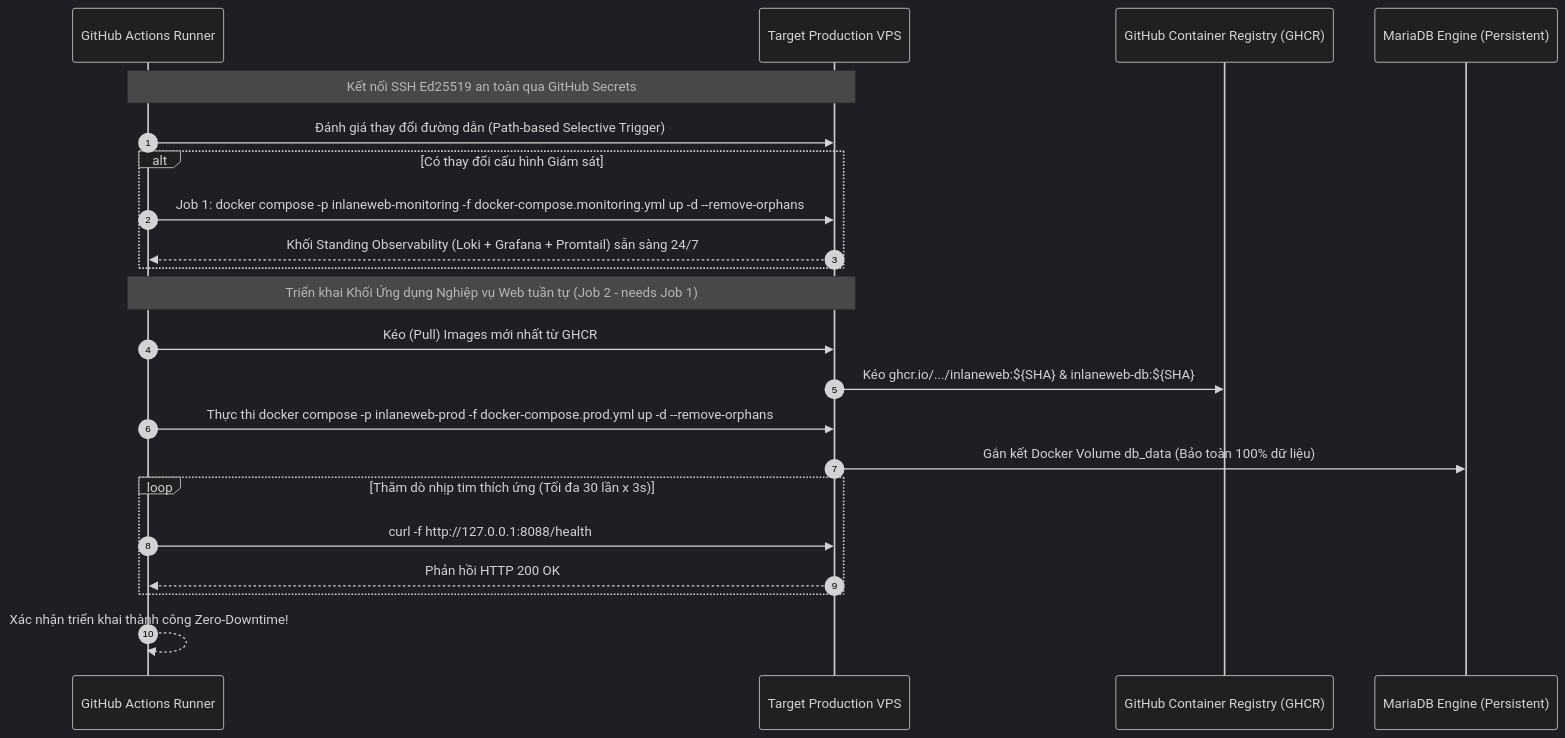
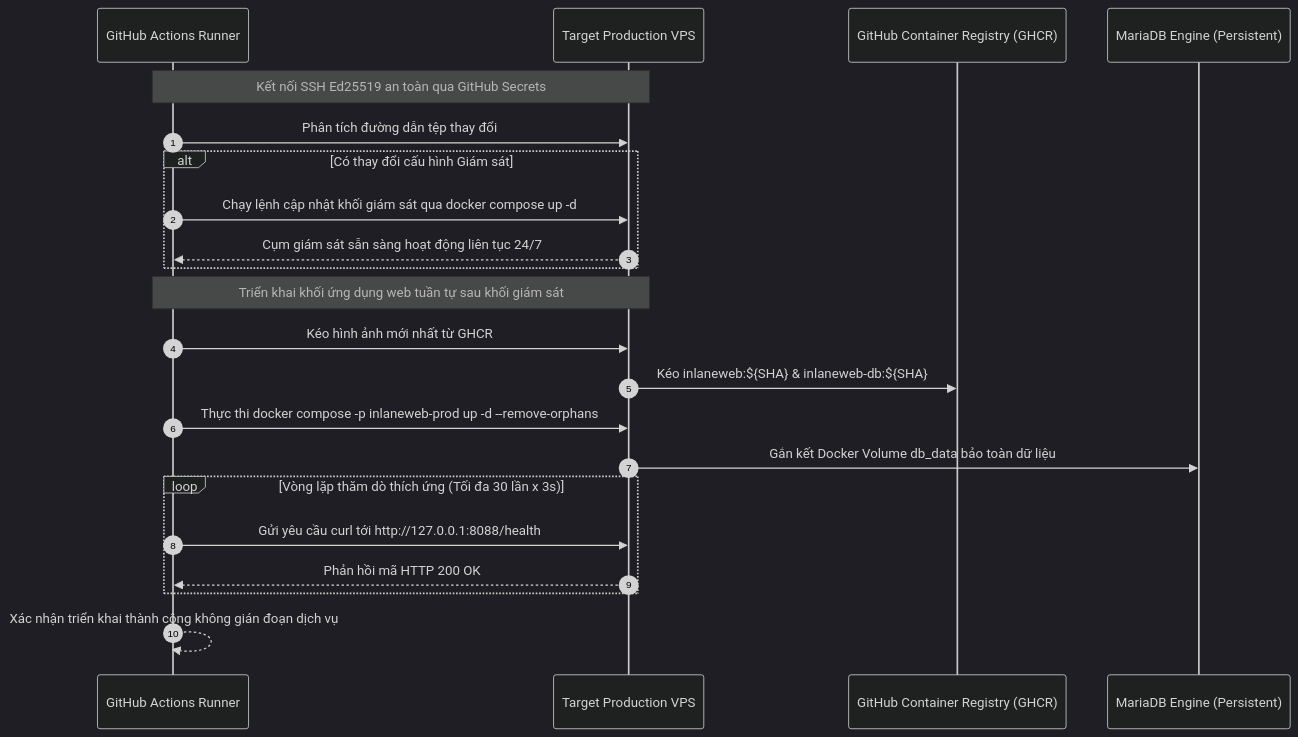
Before and after one commit to wtfwhoyouare/PTIT-DevOps-SonarQube: the second of 2 diagrams in docs/05-Báo cáo bài tập lớn DevSecOps.md, drawn with Mermaid (dark theme). The commit also changed other lines of this file, not shown here.

````diff
--- a/docs/05-Báo cáo bài tập lớn DevSecOps.md
+++ b/docs/05-Báo cáo bài tập lớn DevSecOps.md
@@ -471,25 +492,25 @@
 ```mermaid
 sequenceDiagram
     autonumber
     participant Runner as GitHub Actions Runner
     participant VPS as Target Production VPS
     participant GHCR as GitHub Container Registry (GHCR)
     participant MariaDB as MariaDB Engine (Persistent)
 
     Note over Runner, VPS: Kết nối SSH Ed25519 an toàn qua GitHub Secrets
-    Runner->>VPS: Đánh giá thay đổi đường dẫn (Path-based Selective Trigger)
+    Runner->>VPS: Phân tích đường dẫn tệp thay đổi
     alt Có thay đổi cấu hình Giám sát
-        Runner->>VPS: Job 1: docker compose -p inlaneweb-monitoring -f docker-compose.monitoring.yml up -d --remove-orphans
-        VPS-->>Runner: Khối Standing Observability (Loki + Grafana + Promtail) sẵn sàng 24/7
+        Runner->>VPS: Chạy lệnh cập nhật khối giám sát qua docker compose up -d
+        VPS-->>Runner: Cụm giám sát sẵn sàng hoạt động liên tục 24/7
     end
-    Note over Runner, VPS: Triển khai Khối Ứng dụng Nghiệp vụ Web tuần tự (Job 2 - needs Job 1)
-    Runner->>VPS: Kéo (Pull) Images mới nhất từ GHCR
-    VPS->>GHCR: Kéo ghcr.io/.../inlaneweb:${SHA} & inlaneweb-db:${SHA}
-    Runner->>VPS: Thực thi docker compose -p inlaneweb-prod -f docker-compose.prod.yml up -d --remove-orphans
-    VPS->>MariaDB: Gắn kết Docker Volume db_data (Bảo toàn 100% dữ liệu)
-    loop Thăm dò nhịp tim thích ứng (Tối đa 30 lần x 3s)
-        Runner->>VPS: curl -f http://127.0.0.1:8088/health
-        VPS-->>Runner: Phản hồi HTTP 200 OK
+    Note over Runner, VPS: Triển khai khối ứng dụng web tuần tự sau khối giám sát
+    Runner->>VPS: Kéo hình ảnh mới nhất từ GHCR
+    VPS->>GHCR: Kéo inlaneweb:${SHA} & inlaneweb-db:${SHA}
+    Runner->>VPS: Thực thi docker compose -p inlaneweb-prod up -d --remove-orphans
+    VPS->>MariaDB: Gắn kết Docker Volume db_data bảo toàn dữ liệu
+    loop Vòng lặp thăm dò thích ứng (Tối đa 30 lần x 3s)
+        Runner->>VPS: Gửi yêu cầu curl tới http://127.0.0.1:8088/health
+        VPS-->>Runner: Phản hồi mã HTTP 200 OK
     end
-    Runner-->>Runner: Xác nhận triển khai thành công Zero-Downtime!
+    Runner-->>Runner: Xác nhận triển khai thành công không gián đoạn dịch vụ
 ```
````
